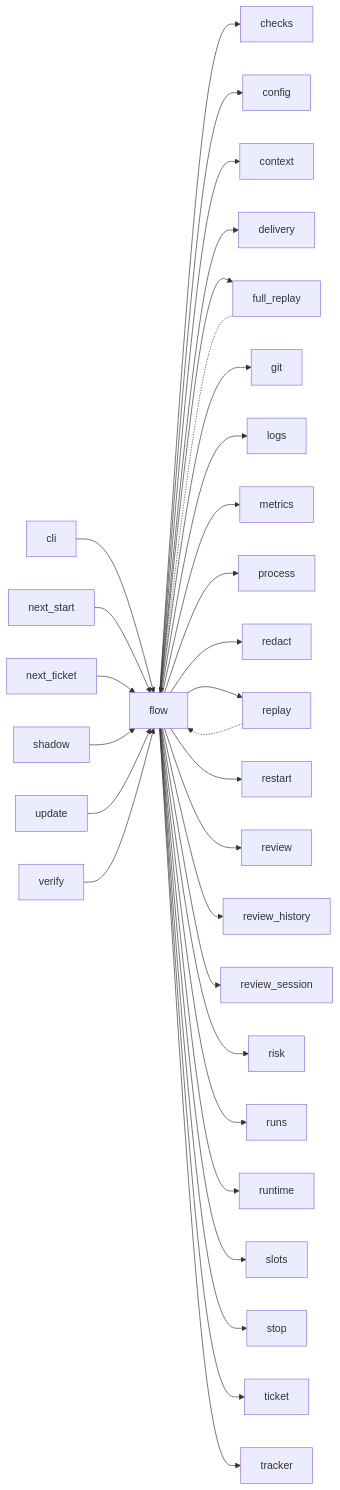
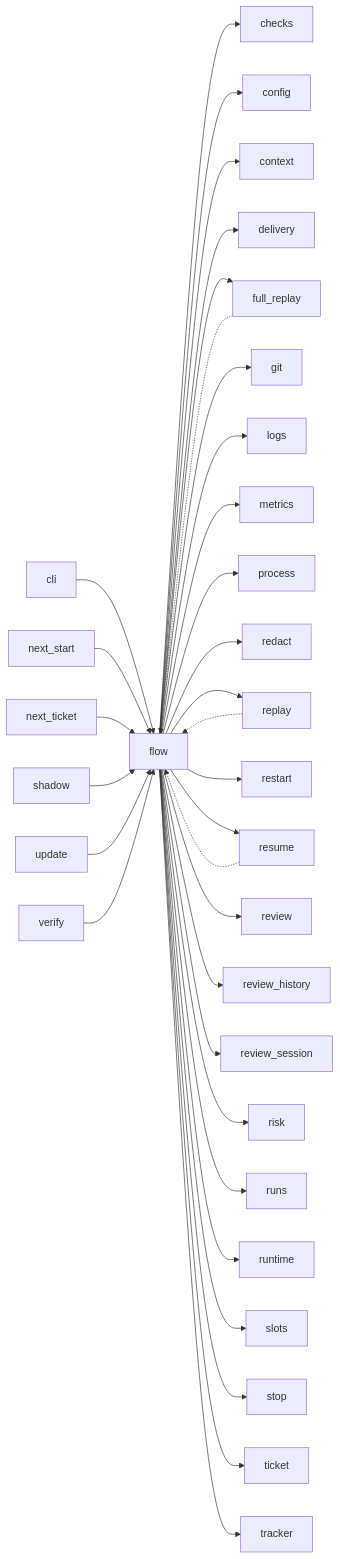
Before and after one commit to plaplanche/ariane: the third of 3 diagrams in docs/architecture/modules/flow.md, drawn with Mermaid. The commit also changed other lines of this file and 43 other files, not shown here.

````diff
--- a/docs/architecture/modules/flow.md
+++ b/docs/architecture/modules/flow.md
@@ -123,33 +123,35 @@
 ```mermaid
 flowchart LR
   cli --> flow
   flow --> checks
   flow --> config
   flow --> context
   flow --> delivery
   flow --> full_replay
   flow --> git
   flow --> logs
   flow --> metrics
   flow --> process
   flow --> redact
   flow --> replay
   flow --> restart
+  flow --> resume
   flow --> review
   flow --> review_history
   flow --> review_session
   flow --> risk
   flow --> runs
   flow --> runtime
   flow --> slots
   flow --> stop
   flow --> ticket
   flow --> tracker
   full_replay -.-> flow
   next_start --> flow
   next_ticket --> flow
   replay -.-> flow
+  resume -.-> flow
   shadow --> flow
   update --> flow
   verify --> flow
 ```
````
